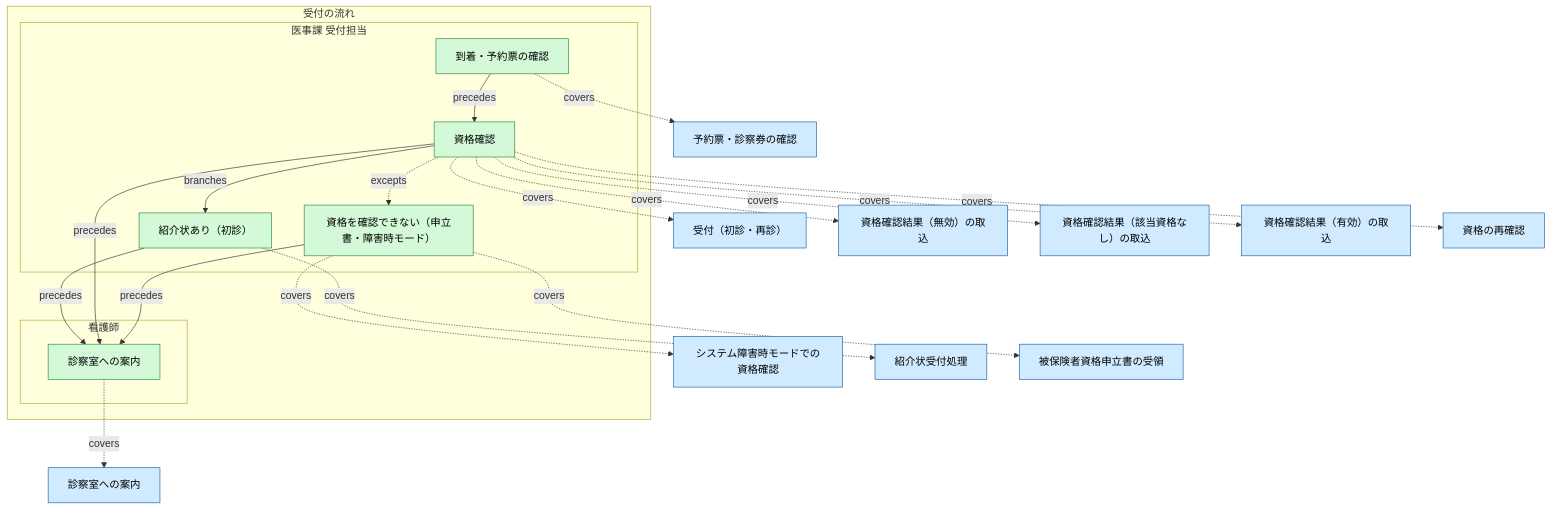
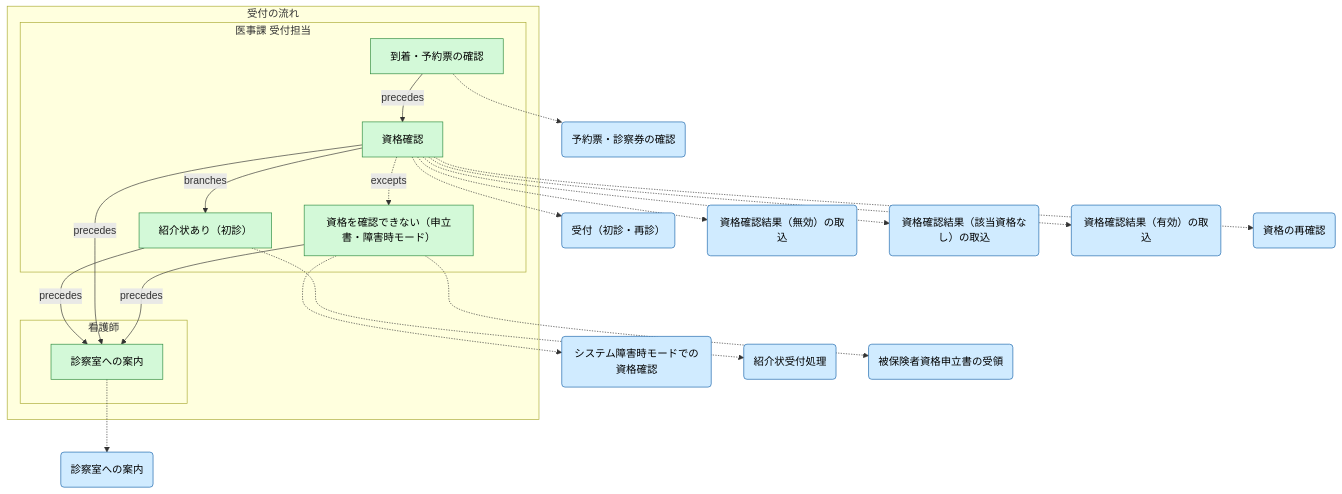
Before and after one commit to manji-0/rdra-ish-dsl: the fifth of 11 diagrams in docs/diagram-sample-review.md, drawn with Mermaid. The commit also changed other lines of this file and 95 other files, not shown here.

````diff
--- a/docs/diagram-sample-review.md
+++ b/docs/diagram-sample-review.md
@@ -348,59 +350,59 @@
 ```mermaid
 %% rdra-ish diagram=flow scope=buc:BucVisitCheckIn model=samples/clinic-ops
 %% kinds: flow step lane usecase
 %% omitted: buc
 flowchart TD
   subgraph flow__VisitCheckInFlow["受付の流れ"]
     subgraph lane__VisitCheckInFlow__Nurse["看護師"]
       %% lane lane__VisitCheckInFlow__Nurse: actor__Nurse
       step__RoomingStep["診察室への案内"]:::step
     end
     subgraph lane__VisitCheckInFlow__ReceptionClerk["医事課 受付担当"]
       %% lane lane__VisitCheckInFlow__ReceptionClerk: actor__ReceptionClerk
       step__ArrivalStep["到着・予約票の確認"]:::step
       step__DeclarationStep["資格を確認できない（申立書・障害時モード）"]:::step
       step__EligibilityStep["資格確認"]:::step
       step__ReferralStep["紹介状あり（初診）"]:::step
     end
   end
-  usecase__AssignRoom["診察室への案内"]:::usecase
+  usecase__AssignRoom("診察室への案内"):::usecase
   %% desc usecase__AssignRoom: 受付済の受診だけを診察室へ案内する。予約の状態は変わらない。
-  usecase__CheckInPatient["受付（初診・再診）"]:::usecase
+  usecase__CheckInPatient("受付（初診・再診）"):::usecase
   %% desc usecase__CheckInPatient: 受付で予約を受付済にし、同時にオンライン資格確認を作る。
-  usecase__ConfirmEligibilityInOutageMode["システム障害時モードでの資格確認"]:::usecase
+  usecase__ConfirmEligibilityInOutageMode("システム障害時モードでの資格確認"):::usecase
   %% desc usecase__ConfirmEligibilityInOutageMode: システム障害時モードによる確認。
-  usecase__ReceiveEligibilityInvalid["資格確認結果（無効）の取込"]:::usecase
+  usecase__ReceiveEligibilityInvalid("資格確認結果（無効）の取込"):::usecase
   %% desc usecase__ReceiveEligibilityInvalid: 資格確認結果「無効」の取込。
-  usecase__ReceiveEligibilityNoInfo["資格確認結果（該当資格なし）の取込"]:::usecase
+  usecase__ReceiveEligibilityNoInfo("資格確認結果（該当資格なし）の取込"):::usecase
   %% desc usecase__ReceiveEligibilityNoInfo: 資格確認結果「該当資格なし」の取込。
-  usecase__ReceiveEligibilityValid["資格確認結果（有効）の取込"]:::usecase
+  usecase__ReceiveEligibilityValid("資格確認結果（有効）の取込"):::usecase
   %% desc usecase__ReceiveEligibilityValid: 資格確認結果「有効」の取込。
-  usecase__ReceiveReferralLetter["紹介状受付処理"]:::usecase
+  usecase__ReceiveReferralLetter("紹介状受付処理"):::usecase
   %% desc usecase__ReceiveReferralLetter: 紹介状の受領と受付処理。
-  usecase__RecheckEligibility["資格の再確認"]:::usecase
+  usecase__RecheckEligibility("資格の再確認"):::usecase
   %% desc usecase__RecheckEligibility: 無効・該当資格なしからの再確認。
-  usecase__RecordEligibilityDeclaration["被保険者資格申立書の受領"]:::usecase
+  usecase__RecordEligibilityDeclaration("被保険者資格申立書の受領"):::usecase
   %% desc usecase__RecordEligibilityDeclaration: 被保険者資格申立書による確認。
-  usecase__VerifyArrival["予約票・診察券の確認"]:::usecase
+  usecase__VerifyArrival("予約票・診察券の確認"):::usecase
   %% desc usecase__VerifyArrival: 予約票・診察券を確認する（参照のみ）。
-  step__ArrivalStep -.->|covers| usecase__VerifyArrival
+  step__ArrivalStep -.-> usecase__VerifyArrival
   step__ArrivalStep -->|precedes| step__EligibilityStep
-  step__DeclarationStep -.->|covers| usecase__ConfirmEligibilityInOutageMode
-  step__DeclarationStep -.->|covers| usecase__RecordEligibilityDeclaration
+  step__DeclarationStep -.-> usecase__ConfirmEligibilityInOutageMode
+  step__DeclarationStep -.-> usecase__RecordEligibilityDeclaration
   step__DeclarationStep -->|precedes| step__RoomingStep
   step__EligibilityStep -->|branches| step__ReferralStep
-  step__EligibilityStep -.->|covers| usecase__CheckInPatient
-  step__EligibilityStep -.->|covers| usecase__ReceiveEligibilityInvalid
-  step__EligibilityStep -.->|covers| usecase__ReceiveEligibilityNoInfo
-  step__EligibilityStep -.->|covers| usecase__ReceiveEligibilityValid
-  step__EligibilityStep -.->|covers| usecase__RecheckEligibility
+  step__EligibilityStep -.-> usecase__CheckInPatient
+  step__EligibilityStep -.-> usecase__ReceiveEligibilityInvalid
+  step__EligibilityStep -.-> usecase__ReceiveEligibilityNoInfo
+  step__EligibilityStep -.-> usecase__ReceiveEligibilityValid
+  step__EligibilityStep -.-> usecase__RecheckEligibility
   step__EligibilityStep -.->|excepts| step__DeclarationStep
   step__EligibilityStep -->|precedes| step__RoomingStep
-  step__ReferralStep -.->|covers| usecase__ReceiveReferralLetter
+  step__ReferralStep -.-> usecase__ReceiveReferralLetter
   step__ReferralStep -->|precedes| step__RoomingStep
-  step__RoomingStep -.->|covers| usecase__AssignRoom
+  step__RoomingStep -.-> usecase__AssignRoom
   classDef flow fill:#d3f9d8,stroke:#2b8a3e,color:#000;
   classDef step fill:#d3f9d8,stroke:#2b8a3e,color:#000;
   classDef lane fill:#d3f9d8,stroke:#2b8a3e,color:#000;
   classDef usecase fill:#d0ebff,stroke:#1864ab,color:#000;
 ```
````
